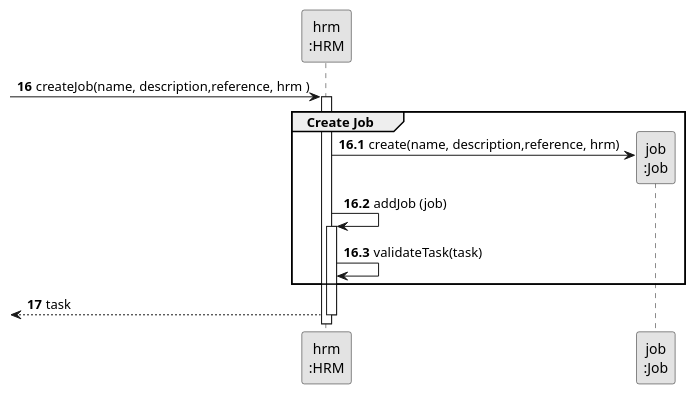
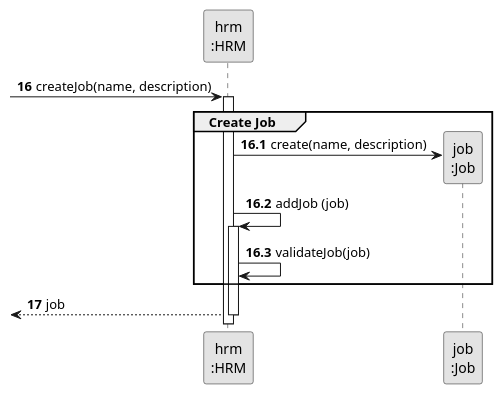
The diagram in docs/sprintA&B/us002/03.design/puml/us002-sequence-diagram-partial-create-job.puml (daniel41silva05/ISEP_2023_2024_LAPR2), drawn with PlantUML before and after one commit. The commit also changed 6 other files, not shown here.

```diff
--- a/docs/sprintA&B/us002/03.design/puml/us002-sequence-diagram-partial-create-job.puml
+++ b/docs/sprintA&B/us002/03.design/puml/us002-sequence-diagram-partial-create-job.puml
@@ -1,34 +1,34 @@
 @startuml
 skinparam monochrome true
 skinparam packageStyle rectangle
 skinparam shadowing false
 
 participant "hrm\n:HRM" as HRM
 participant "job\n:Job" as JOB
 
 autonumber 16
--> HRM: createJob(name, description,reference, hrm )
+-> HRM: createJob(name, description)
 
 autonumber 16.1
 activate HRM
     group Create Job
 
-        HRM -> JOB**: create(name, description,reference, hrm)
+        HRM -> JOB**: create(name, description)
         HRM -> HRM: addJob (job)
 
         activate HRM
-            HRM -> HRM: validateTask(task)
+            HRM -> HRM: validateJob(job)
 '            activate HRM
 '                HRM --> HRM
 '            deactivate HRM
 
 '            HRM --> HRM
 '        deactivate HRM
     end
 
     autonumber 17
-    <-- HRM : task
+    <-- HRM : job
 deactivate HRM
 
 
 @enduml
```
